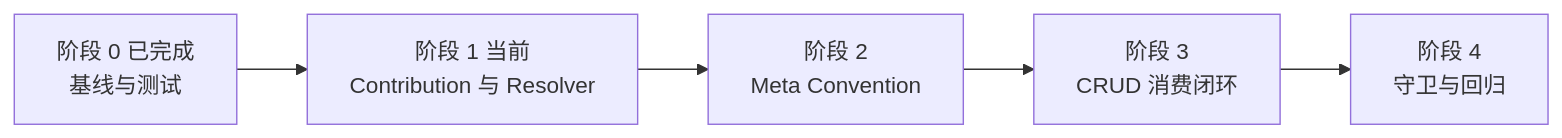
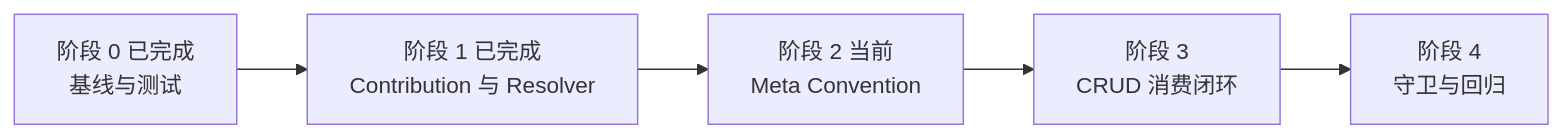
Before and after one commit to ent-loom/ent-loom: the diagram in docs/evolution/roadmap/meta/元数据裁决实施计划.md, drawn with Mermaid. The commit also changed other lines of this file and 11 other files, not shown here.

````diff
--- a/docs/evolution/roadmap/meta/元数据裁决实施计划.md
+++ b/docs/evolution/roadmap/meta/元数据裁决实施计划.md
@@ -11,7 +11,7 @@
 ```mermaid
 flowchart LR
-    done["阶段 0 已完成<br/>基线与测试"] --> current["阶段 1 当前<br/>Contribution 与 Resolver"]
-    current --> meta["阶段 2<br/>Meta Convention"]
+    done["阶段 0 已完成<br/>基线与测试"] --> current["阶段 1 已完成<br/>Contribution 与 Resolver"]
+    current --> meta["阶段 2 当前<br/>Meta Convention"]
     meta --> crud["阶段 3<br/>CRUD 消费闭环"]
     crud --> guards["阶段 4<br/>守卫与回归"]
 ```
````
